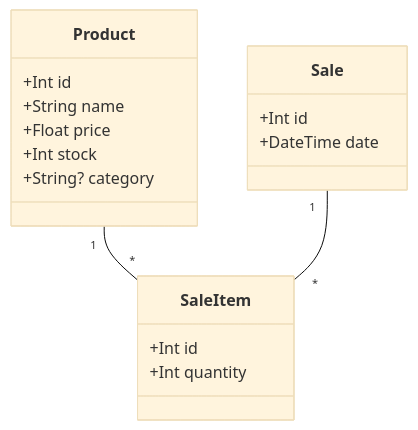
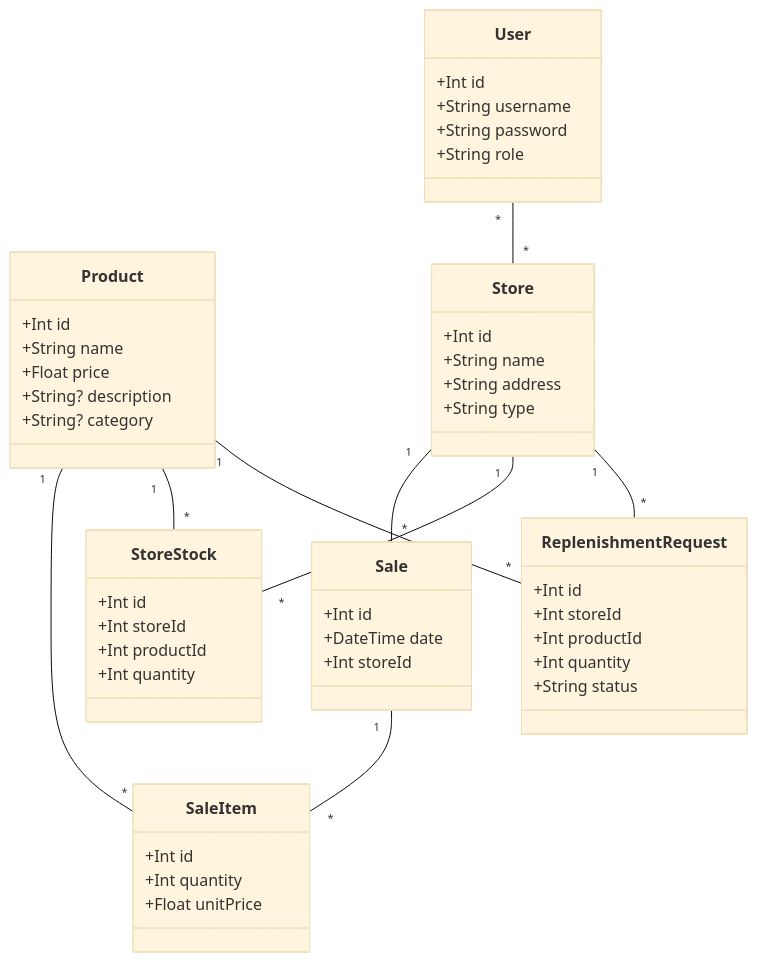
One commit to MarcoBisson/LOG430-Lab0 changed the diagram in docs/UML/class-diagram.md. Above: the diagram before and after it, drawn with Mermaid (base theme). The commit also changed 6 other files, not shown here.

Commit message:
Config Grafana + Diagrammes étape 2

````diff
--- a/docs/UML/class-diagram.md
+++ b/docs/UML/class-diagram.md
@@ -1,20 +1,54 @@
 ```mermaid
 classDiagram
     class Product {
         +Int id
         +String name
         +Float price
-        +Int stock
+        +String? description
         +String? category
+    }
+    class Store {
+        +Int id
+        +String name
+        +String address
+        +String type
+    }
+    class StoreStock {
+        +Int id
+        +Int storeId
+        +Int productId
+        +Int quantity
     }
     class Sale {
         +Int id
         +DateTime date
+        +Int storeId
     }
     class SaleItem {
         +Int id
         +Int quantity
+        +Float unitPrice
     }
+    class User {
+        +Int id
+        +String username
+        +String password
+        +String role
+    }
+    class ReplenishmentRequest {
+        +Int id
+        +Int storeId
+        +Int productId
+        +Int quantity
+        +String status
+    }
+    
     Product "1" -- "*" SaleItem
     Sale "1" -- "*" SaleItem
+    Store "1" -- "*" Sale
+    Store "1" -- "*" StoreStock
+    Product "1" -- "*" StoreStock
+    Store "1" -- "*" ReplenishmentRequest
+    Product "1" -- "*" ReplenishmentRequest
+    User "*" -- "*" Store
 ```
````
